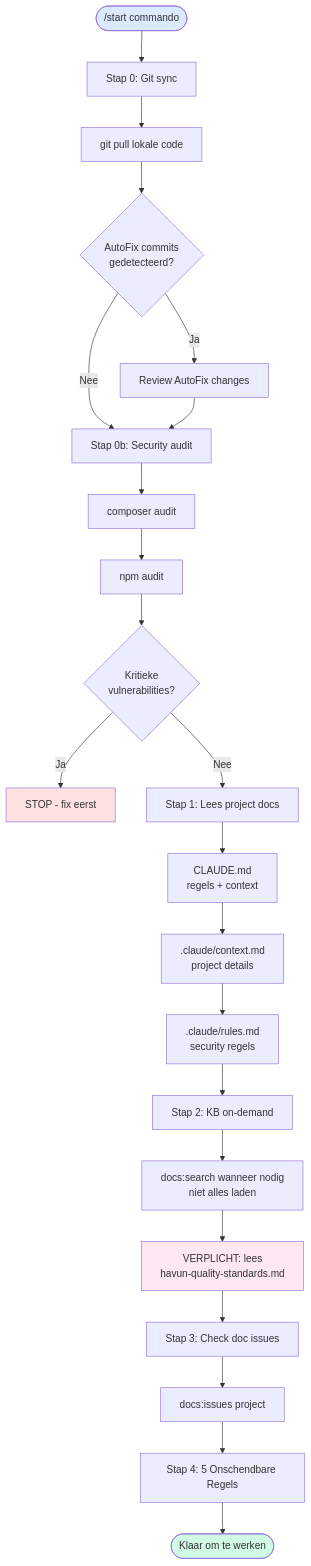
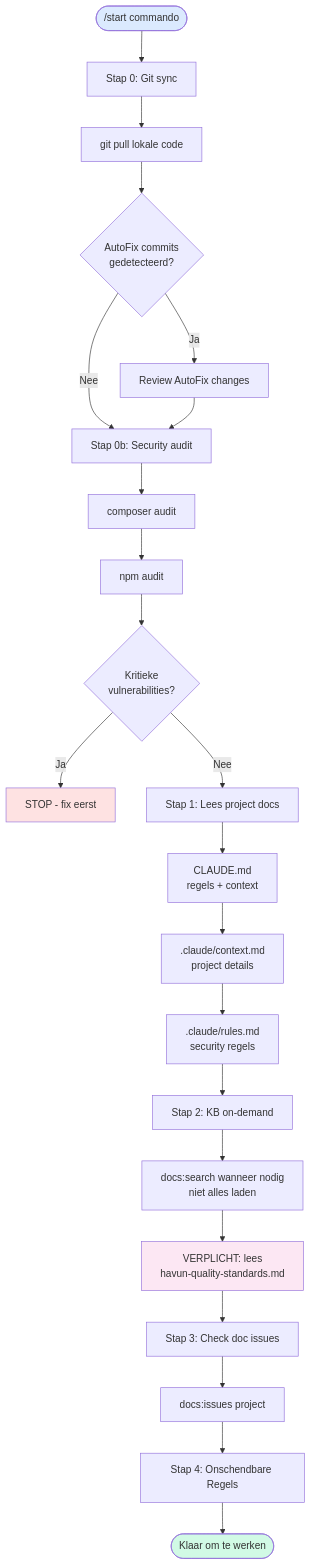
One commit to havun22-hvu/HavunCore changed the third of 22 diagrams in docs/kb/reference/havun-workflow-flowchart.md. Above: the diagram before and after it, drawn with Mermaid. The commit also changed other lines of this file and 10 other files, not shown here.

````diff
--- a/docs/kb/reference/havun-workflow-flowchart.md
+++ b/docs/kb/reference/havun-workflow-flowchart.md
@@ -322,34 +322,34 @@
 ```mermaid
 flowchart TD
     Start([/start commando]) --> Step0[Stap 0: Git sync]
     Step0 --> Pull[git pull lokale code]
     Pull --> AutoFixCheck{AutoFix commits<br/>gedetecteerd?}
     AutoFixCheck -->|Ja| Review[Review AutoFix changes]
     AutoFixCheck -->|Nee| Audit
     Review --> Audit[Stap 0b: Security audit]
 
     Audit --> CompAudit[composer audit]
     CompAudit --> NpmAudit[npm audit]
     NpmAudit --> CriticalCheck{Kritieke<br/>vulnerabilities?}
     CriticalCheck -->|Ja| BlockSession[STOP - fix eerst]
     CriticalCheck -->|Nee| Read
 
     Read[Stap 1: Lees project docs] --> R1[CLAUDE.md<br/>regels + context]
     R1 --> R2[.claude/context.md<br/>project details]
     R2 --> R3[.claude/rules.md<br/>security regels]
 
     R3 --> KB[Stap 2: KB on-demand]
     KB --> KBS[docs:search wanneer nodig<br/>niet alles laden]
     KBS --> Standards[VERPLICHT: lees<br/>havun-quality-standards.md]
 
     Standards --> Issues[Stap 3: Check doc issues]
     Issues --> IssuesCmd[docs:issues project]
-    IssuesCmd --> Rules[Stap 4: 5 Onschendbare Regels]
+    IssuesCmd --> Rules[Stap 4: Onschendbare Regels]
 
     Rules --> Ready([Klaar om te werken])
 
     style Start fill:#dbeafe
     style BlockSession fill:#fee2e2
     style Ready fill:#d1fae5
     style Standards fill:#fce7f3
 ```
````
